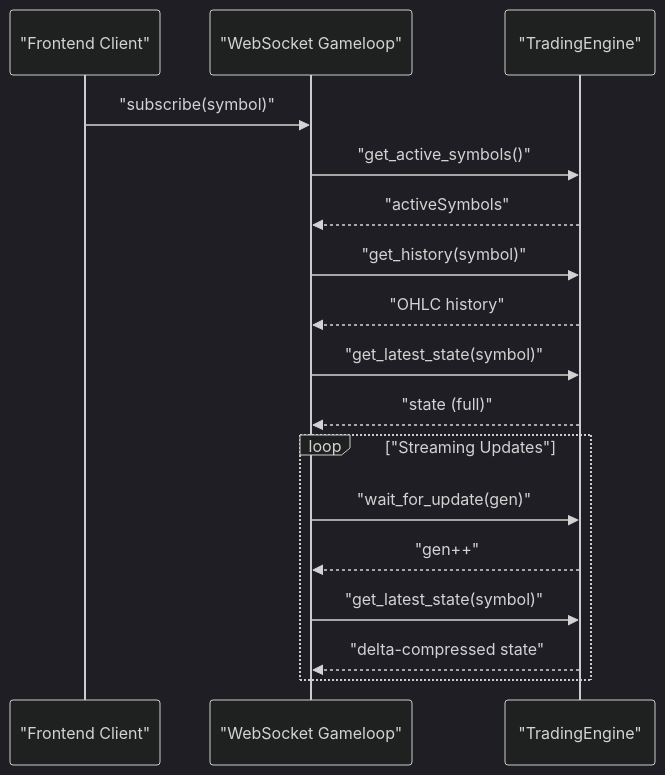
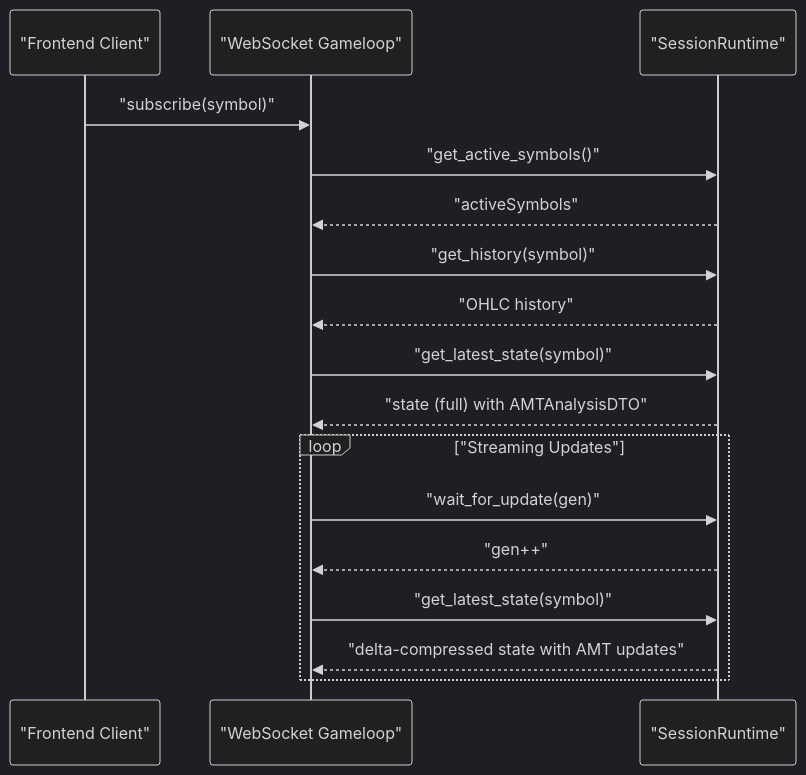
One commit to gemrajkhatry-maker/v5-of-glassytrade-ai changed diagram 11 of 12 in .qoder/repowiki/en/content/Architecture Deep Dive/Data Flow and Processing/Data Flow and Processing.md. Above: the diagram before and after it, drawn with Mermaid (dark theme). The commit also changed other lines of this file and 219 other files, not shown here.

First line of the commit message:
refactor: major architecture improvements across backend, backendv2, brokers, and frontend

````diff
--- a/.qoder/repowiki/en/content/Architecture Deep Dive/Data Flow and Processing/Data Flow and Processing.md
+++ b/.qoder/repowiki/en/content/Architecture Deep Dive/Data Flow and Processing/Data Flow and Processing.md
@@ -318,19 +473,19 @@
 ```mermaid
 sequenceDiagram
 participant FE as "Frontend Client"
 participant WS as "WebSocket Gameloop"
-participant ENG as "TradingEngine"
+participant SRV2 as "SessionRuntime"
 FE->>WS : "subscribe(symbol)"
-WS->>ENG : "get_active_symbols()"
-ENG-->>WS : "activeSymbols"
-WS->>ENG : "get_history(symbol)"
-ENG-->>WS : "OHLC history"
-WS->>ENG : "get_latest_state(symbol)"
-ENG-->>WS : "state (full)"
+WS->>SRV2 : "get_active_symbols()"
+SRV2-->>WS : "activeSymbols"
+WS->>SRV2 : "get_history(symbol)"
+SRV2-->>WS : "OHLC history"
+WS->>SRV2 : "get_latest_state(symbol)"
+SRV2-->>WS : "state (full) with AMTAnalysisDTO"
 loop "Streaming Updates"
-WS->>ENG : "wait_for_update(gen)"
-ENG-->>WS : "gen++"
-WS->>ENG : "get_latest_state(symbol)"
-ENG-->>WS : "delta-compressed state"
+WS->>SRV2 : "wait_for_update(gen)"
+SRV2-->>WS : "gen++"
+WS->>SRV2 : "get_latest_state(symbol)"
+SRV2-->>WS : "delta-compressed state with AMT updates"
 end
 ```
````
